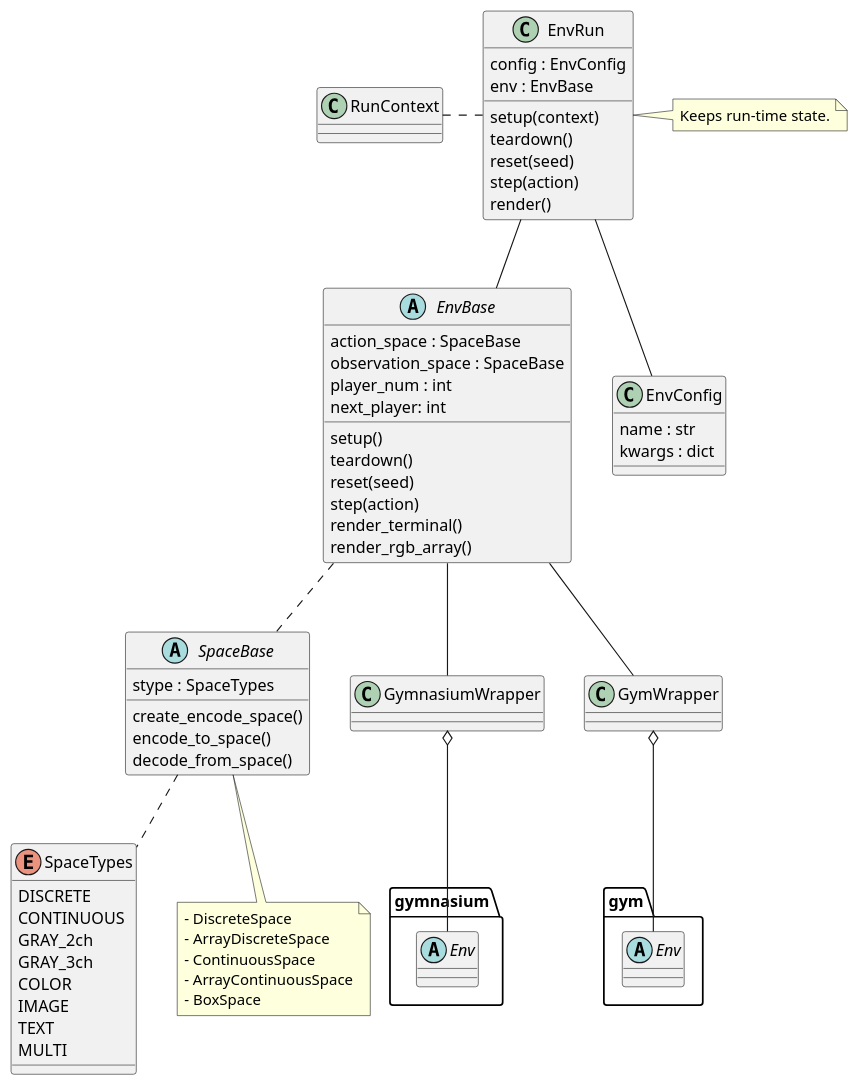
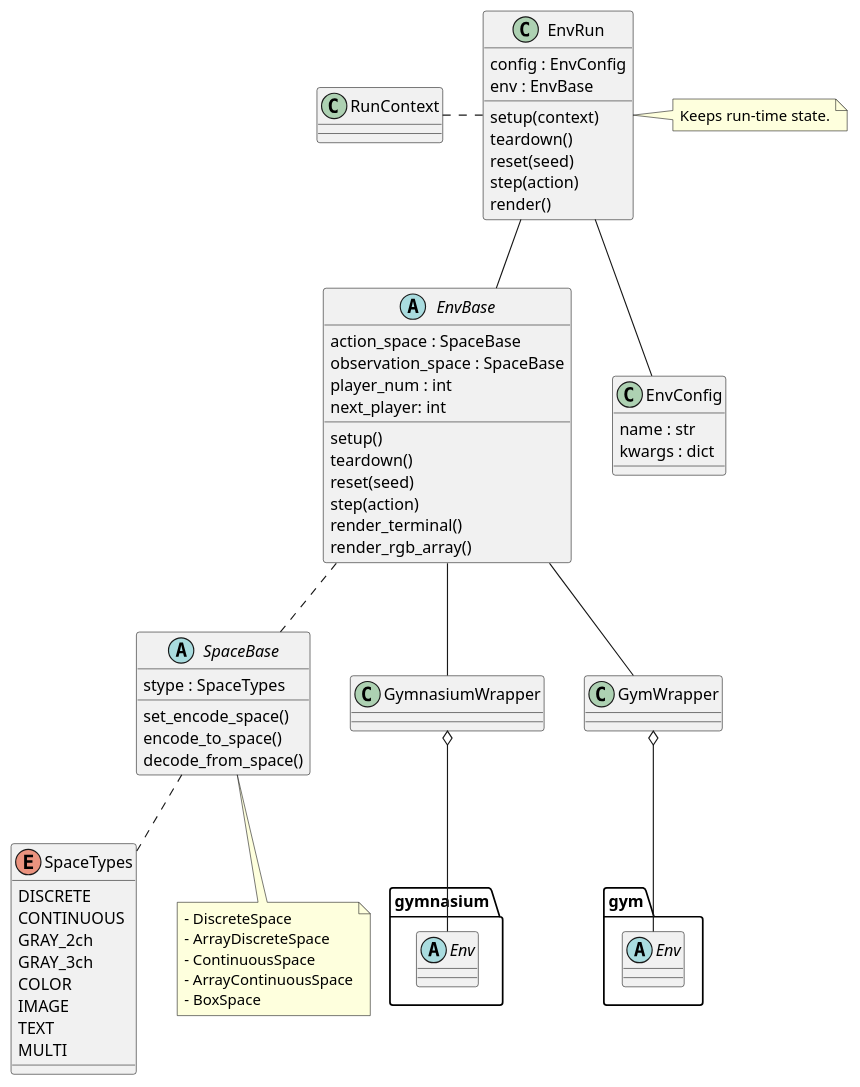
The diagram in diagrams/class_env.pu (pocokhc/simple_distributed_rl), drawn with PlantUML before and after one commit. The commit also changed 22 other files, not shown here.

```diff
--- a/diagrams/class_env.pu
+++ b/diagrams/class_env.pu
@@ -1,80 +1,80 @@
 @startuml class_env
 
 enum SpaceTypes {
     DISCRETE
     CONTINUOUS
     GRAY_2ch
     GRAY_3ch
     COLOR
     IMAGE
     TEXT
     MULTI
 }
 
 abstract SpaceBase {
     stype : SpaceTypes
-    create_encode_space()
+    set_encode_space()
     encode_to_space()
     decode_from_space()
 }
 note as SpaceMemo
 - DiscreteSpace
 - ArrayDiscreteSpace
 - ContinuousSpace
 - ArrayContinuousSpace
 - BoxSpace
 end note
 SpaceBase <|-- SpaceMemo
 
 SpaceBase .. SpaceTypes
 
 abstract EnvBase {
     action_space : SpaceBase
     observation_space : SpaceBase
     player_num : int
     next_player: int
     setup()
     teardown()
     reset(seed)
     step(action)
     render_terminal()
     render_rgb_array()
 } 
 
 EnvBase .. SpaceBase
 
 abstract gymnasium.Env {}
 abstract gym.Env {}
 class GymnasiumWrapper {}
 class GymWrapper {}
 
 GymnasiumWrapper o-- gymnasium.Env
 GymWrapper o-- gym.Env
 EnvBase -- GymnasiumWrapper
 EnvBase -- GymWrapper
 
 class RunContext {}
 class EnvRun {
     config : EnvConfig
     env : EnvBase
     setup(context)
     teardown()
     reset(seed)
     step(action)
     render()
 }
 EnvRun -- EnvBase
 RunContext . EnvRun
 
 note "Keeps run-time state." as EnvRunMemo
 EnvRun . EnvRunMemo
 
 
 class EnvConfig {
     name : str
     kwargs : dict
 }
 EnvRun -- EnvConfig
 
 
 @enduml
```
